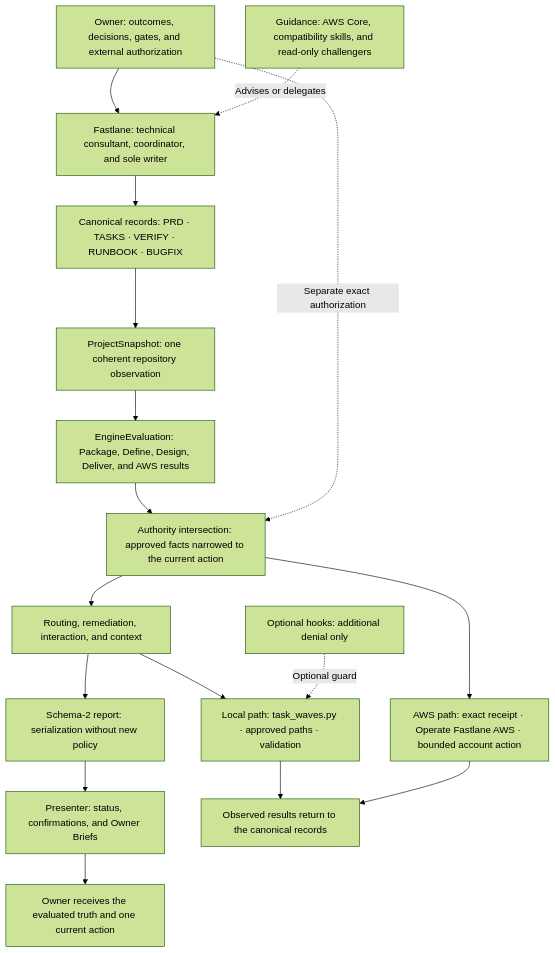
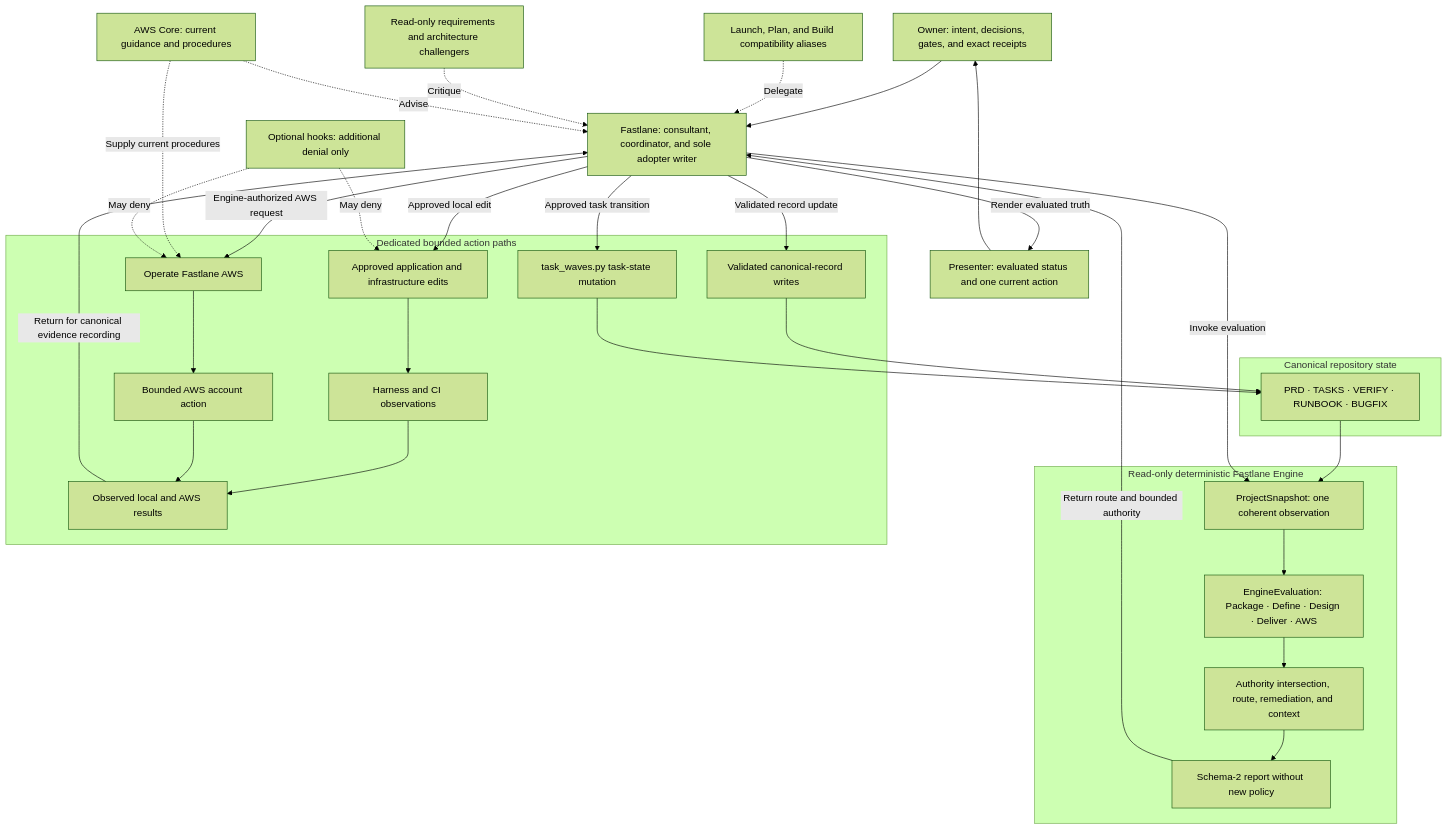
The second of 2 diagrams in docs/WORKFLOW.md (Levi-Breedlove/codex-aws-aidlc), drawn with Mermaid (forest theme) before and after one commit. The commit also changed other lines of this file and 8 other files, not shown here.

First line of the commit message:
docs: strengthen Fastlane documentation flow (#100)

````diff
--- a/docs/WORKFLOW.md
+++ b/docs/WORKFLOW.md
@@ -142,31 +158,56 @@
 ```mermaid
 flowchart TB
-    accTitle: Fastlane technical control plane and agent routing
-    accDescr: Canonical project records flow through one deterministic Engine evaluation. Fastlane presents the result, while local work and separately authorized AWS work use distinct bounded paths and return observed evidence to the records.
+    accTitle: Fastlane technical control plane and evidence loop
+    accDescr: One coordinator evaluates canonical repository state through a read-only Engine, invokes only bounded action paths, and returns every observed result for canonical recording and reevaluation.
 
-    OWNER["Owner: outcomes, decisions, gates, and external authorization"]
-    RECORDS["Canonical records: PRD · TASKS · VERIFY · RUNBOOK · BUGFIX"]
-    SNAP["ProjectSnapshot: one coherent repository observation"]
-    EVAL["EngineEvaluation: Package, Define, Design, Deliver, and AWS results"]
-    AUTH["Authority intersection: approved facts narrowed to the current action"]
-    ROUTE["Routing, remediation, interaction, and context"]
-    REPORT["Schema-2 report: serialization without new policy"]
-    COORD["Fastlane: technical consultant, coordinator, and sole writer"]
-    PRESENTER["Presenter: status, confirmations, and Owner Briefs"]
-    OWNER_VIEW["Owner receives the evaluated truth and one current action"]
+    OWNER["Owner: intent, decisions, gates, and exact receipts"]
+    COORD["Fastlane: consultant, coordinator, and sole adopter writer"]
+    PRESENTER["Presenter: evaluated status and one current action"]
+    ALIASES["Launch, Plan, and Build compatibility aliases"]
+    CRITICS["Read-only requirements and architecture challengers"]
+    AWSCORE["AWS Core: current guidance and procedures"]
+    HOOKS["Optional hooks: additional denial only"]
 
-    SUPPORT["Guidance: AWS Core, compatibility skills, and read-only challengers"]
-    LOCAL["Local path: task_waves.py · approved paths · validation"]
-    HOOKS["Optional hooks: additional denial only"]
-    AWS["AWS path: exact receipt · Operate Fastlane AWS · bounded account action"]
-    EVIDENCE["Observed results return to the canonical records"]
+    subgraph STATE["Canonical repository state"]
+        RECORDS["PRD · TASKS · VERIFY · RUNBOOK · BUGFIX"]
+    end
 
-    OWNER --> COORD --> RECORDS --> SNAP --> EVAL --> AUTH --> ROUTE --> REPORT
-    REPORT --> PRESENTER --> OWNER_VIEW
+    subgraph ENGINE["Read-only deterministic Fastlane Engine"]
+        SNAP["ProjectSnapshot: one coherent observation"]
+        EVAL["EngineEvaluation: Package · Define · Design · Deliver · AWS"]
+        AUTH["Authority intersection, route, remediation, and context"]
+        REPORT["Schema-2 report without new policy"]
 
-    SUPPORT -. "Advises or delegates" .-> COORD
-    ROUTE --> LOCAL --> EVIDENCE
-    HOOKS -. "Optional guard" .-> LOCAL
-    OWNER -. "Separate exact authorization" .-> AUTH
-    AUTH --> AWS --> EVIDENCE
+        SNAP --> EVAL --> AUTH --> REPORT
+    end
+
+    subgraph PATHS["Dedicated bounded action paths"]
+        WRITES["Validated canonical-record writes"]
+        TASKSTATE["task_waves.py task-state mutation"]
+        LOCAL["Approved application and infrastructure edits"]
+        CHECKS["Harness and CI observations"]
+        OPERATE["Operate Fastlane AWS"]
+        ACCOUNT["Bounded AWS account action"]
+        RESULTS["Observed local and AWS results"]
+    end
+
+    OWNER --> COORD
+    ALIASES -. "Delegate" .-> COORD
+    CRITICS -. "Critique" .-> COORD
+    AWSCORE -. "Advise" .-> COORD
+
+    RECORDS --> SNAP
+    COORD -->|"Invoke evaluation"| SNAP
+    REPORT -->|"Return route and bounded authority"| COORD
+    COORD -->|"Render evaluated truth"| PRESENTER --> OWNER
+
+    COORD -->|"Validated record update"| WRITES --> RECORDS
+    COORD -->|"Approved task transition"| TASKSTATE --> RECORDS
+    COORD -->|"Approved local edit"| LOCAL --> CHECKS --> RESULTS
+    COORD -->|"Engine-authorized AWS request"| OPERATE --> ACCOUNT --> RESULTS
+
+    AWSCORE -. "Supply current procedures" .-> OPERATE
+    HOOKS -. "May deny" .-> LOCAL
+    HOOKS -. "May deny" .-> OPERATE
+    RESULTS -->|"Return for canonical evidence recording"| COORD
 ```
````
